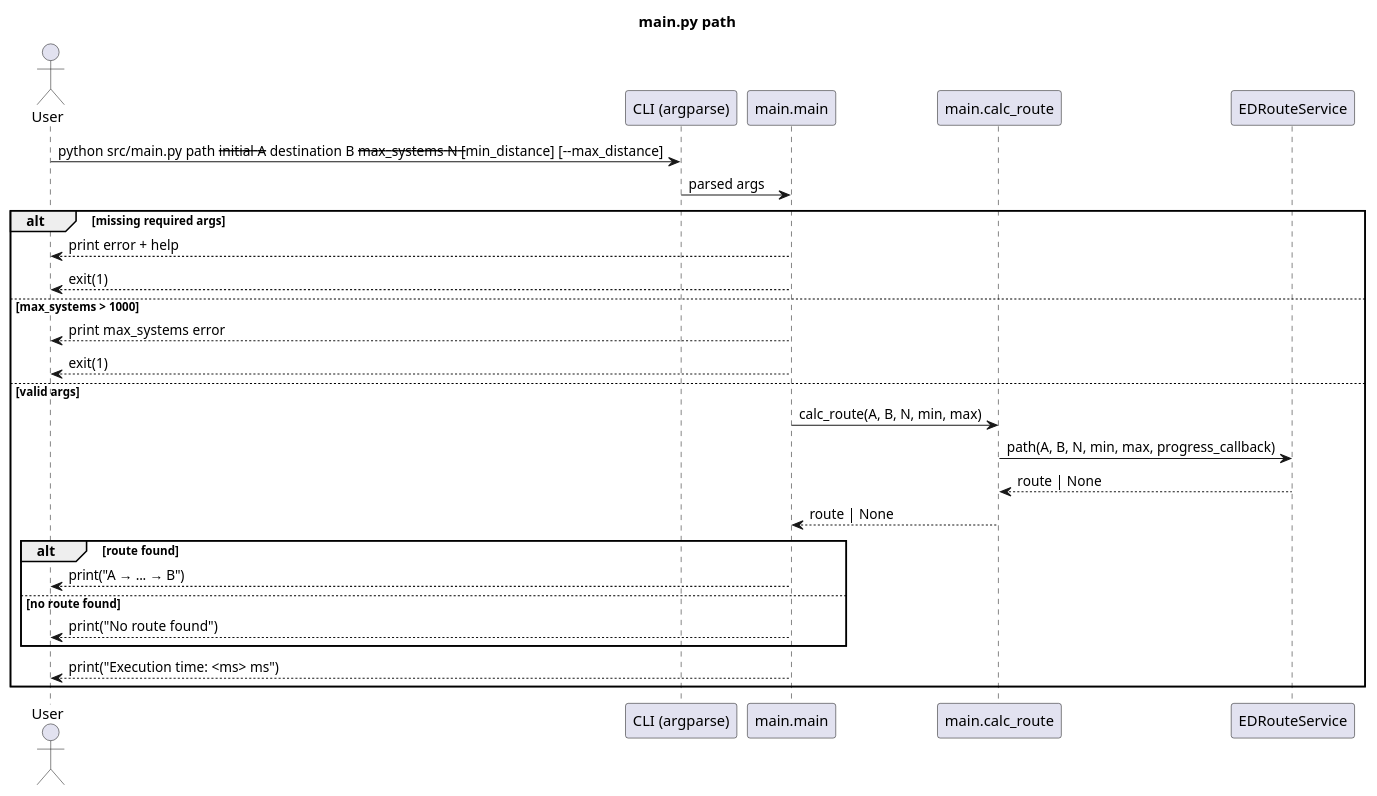
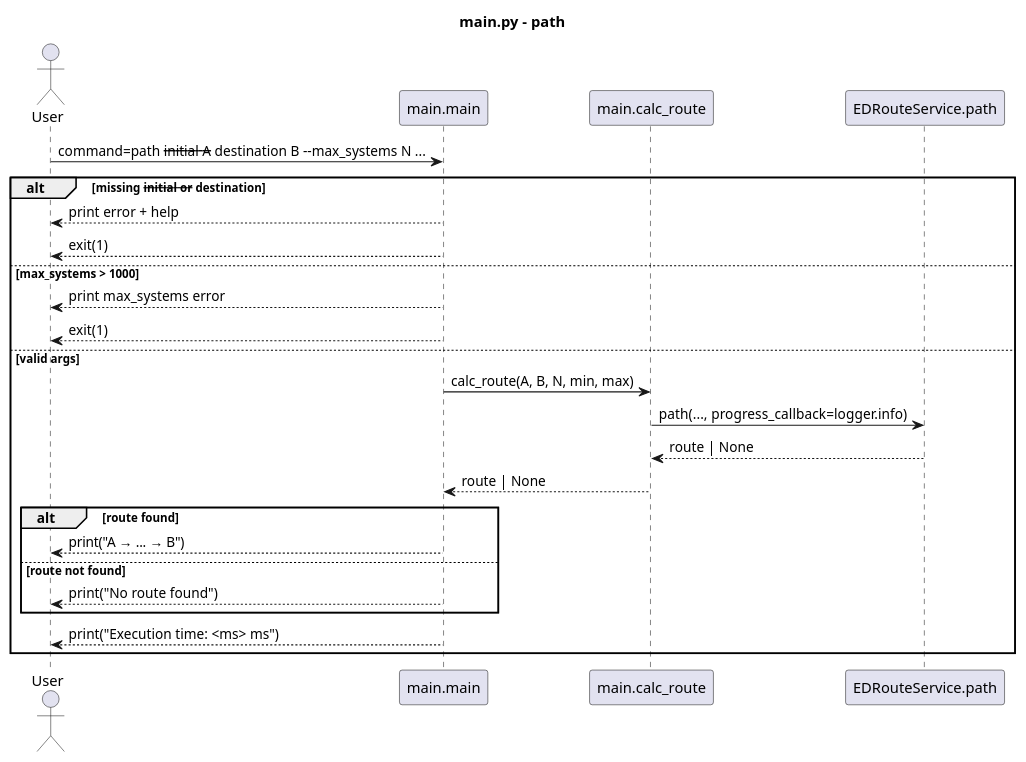
Before and after one commit to fazleskhan/elite_dangerous_discord_tools: the third of 6 diagrams in docs/main_sequences.puml, drawn with PlantUML. The commit also changed other lines of this file and 23 other files, not shown here.

Commit message:
updated README.md and diagrams

```diff
--- a/docs/main_sequences.puml
+++ b/docs/main_sequences.puml
@@ -38,30 +38,28 @@
 @startuml main_path
-title main.py path
+title main.py - path
+
 actor User
-participant "CLI (argparse)" as CLI
 participant "main.main" as Main
 participant "main.calc_route" as CalcRoute
-participant "EDRouteService" as Route
+participant "EDRouteService.path" as Route
 
-User -> CLI : python src/main.py path --initial A --destination B --max_systems N [--min_distance] [--max_distance]
-CLI -> Main : parsed args
-
-alt missing required args
+User -> Main : command=path --initial A --destination B --max_systems N ...
+alt missing --initial or --destination
   Main --> User : print error + help
   Main --> User : exit(1)
 else max_systems > 1000
   Main --> User : print max_systems error
   Main --> User : exit(1)
 else valid args
   Main -> CalcRoute : calc_route(A, B, N, min, max)
-  CalcRoute -> Route : path(A, B, N, min, max, progress_callback)
+  CalcRoute -> Route : path(..., progress_callback=logger.info)
   Route --> CalcRoute : route | None
   CalcRoute --> Main : route | None
   alt route found
     Main --> User : print("A → ... → B")
-  else no route found
+  else route not found
     Main --> User : print("No route found")
   end
   Main --> User : print("Execution time: <ms> ms")
 end
 @enduml
```
